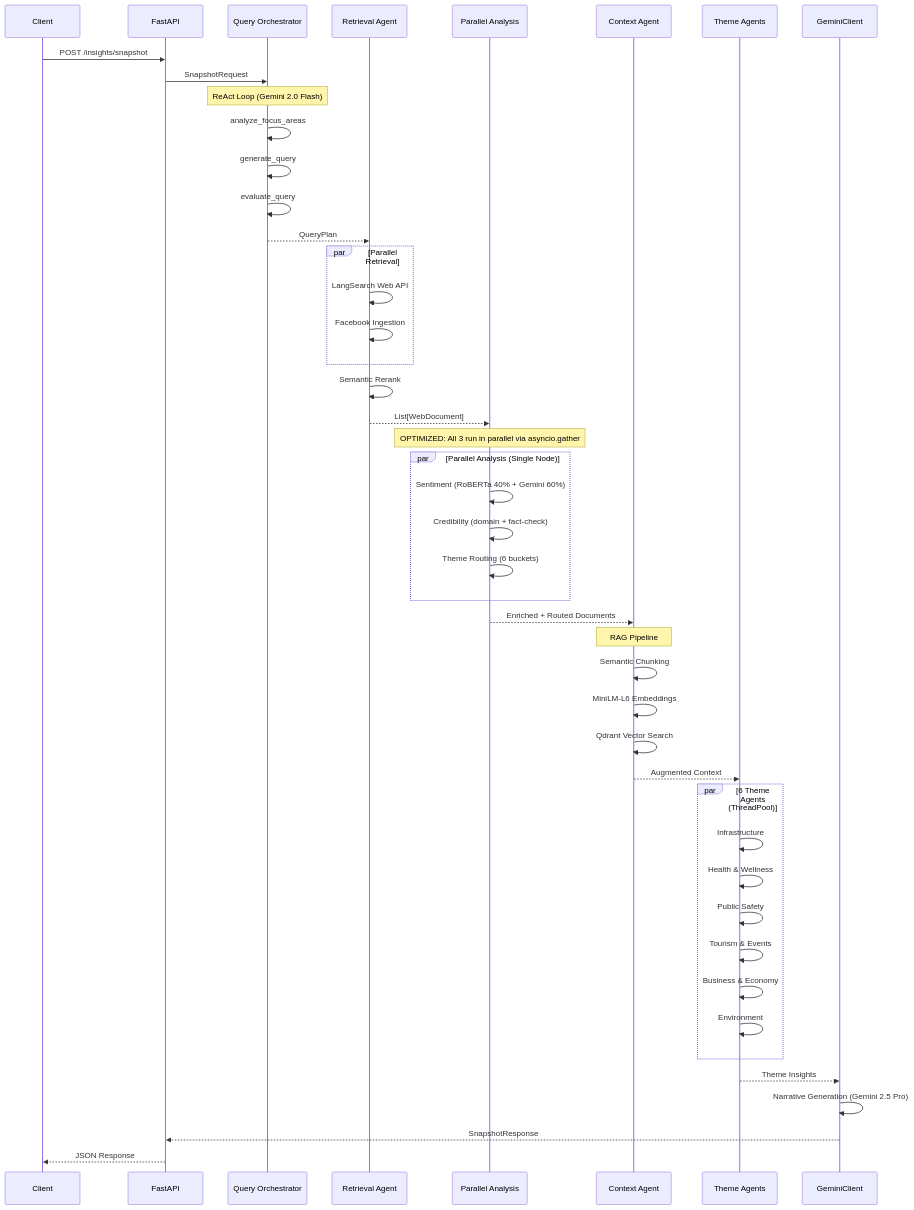
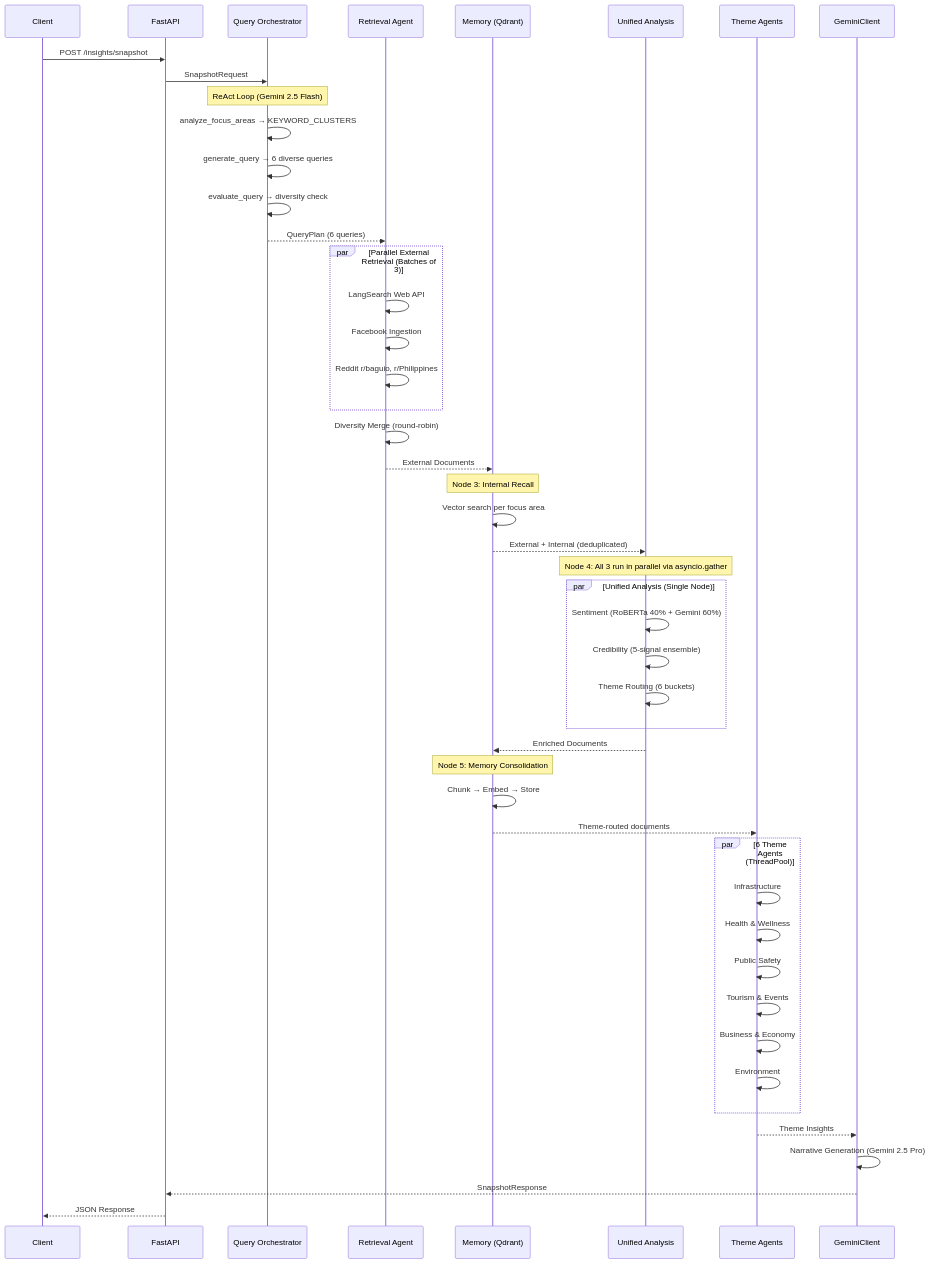
One commit to donyelqt/Hinaing changed the second of 3 diagrams in docs/ARCHITECTURE.md. Above: the diagram before and after it, drawn with Mermaid. The commit also changed other lines of this file and 6 other files, not shown here.

First line of the commit message:
docs: Update architecture documentation with 7-node self-learning pipeline and LLM model refinements

````diff
--- a/docs/ARCHITECTURE.md
+++ b/docs/ARCHITECTURE.md
@@ -118,55 +184,58 @@
 ```mermaid
 sequenceDiagram
     participant Client
     participant API as FastAPI
     participant QO as Query Orchestrator
     participant RA as Retrieval Agent
-    participant ANALYZE as Parallel Analysis
-    participant CTX as Context Agent
+    participant MEM as Memory (Qdrant)
+    participant ANALYZE as Unified Analysis
     participant TA as Theme Agents
     participant GC as GeminiClient
 
     Client->>API: POST /insights/snapshot
     API->>QO: SnapshotRequest
     
-    Note over QO: ReAct Loop (Gemini 2.0 Flash)
-    QO->>QO: analyze_focus_areas
-    QO->>QO: generate_query
-    QO->>QO: evaluate_query
-    QO-->>RA: QueryPlan
+    Note over QO: ReAct Loop (Gemini 2.5 Flash)
+    QO->>QO: analyze_focus_areas → KEYWORD_CLUSTERS
+    QO->>QO: generate_query → 6 diverse queries
+    QO->>QO: evaluate_query → diversity check
+    QO-->>RA: QueryPlan (6 queries)
 
-    par Parallel Retrieval
+    par Parallel External Retrieval (Batches of 3)
         RA->>RA: LangSearch Web API
         RA->>RA: Facebook Ingestion
+        RA->>RA: Reddit r/baguio, r/Philippines
     end
-    RA->>RA: Semantic Rerank
-    RA-->>ANALYZE: List[WebDocument]
+    RA->>RA: Diversity Merge (round-robin)
+    RA-->>MEM: External Documents
 
-    Note over ANALYZE: OPTIMIZED: All 3 run in parallel via asyncio.gather
-    par Parallel Analysis (Single Node)
+    Note over MEM: Node 3: Internal Recall
+    MEM->>MEM: Vector search per focus area
+    MEM-->>ANALYZE: External + Internal (deduplicated)
+
+    Note over ANALYZE: Node 4: All 3 run in parallel via asyncio.gather
+    par Unified Analysis (Single Node)
         ANALYZE->>ANALYZE: Sentiment (RoBERTa 40% + Gemini 60%)
-        ANALYZE->>ANALYZE: Credibility (domain + fact-check)
+        ANALYZE->>ANALYZE: Credibility (5-signal ensemble)
         ANALYZE->>ANALYZE: Theme Routing (6 buckets)
     end
-    ANALYZE-->>CTX: Enriched + Routed Documents
+    ANALYZE-->>MEM: Enriched Documents
 
-    Note over CTX: RAG Pipeline
-    CTX->>CTX: Semantic Chunking
-    CTX->>CTX: MiniLM-L6 Embeddings
-    CTX->>CTX: Qdrant Vector Search
-    CTX-->>TA: Augmented Context
+    Note over MEM: Node 5: Memory Consolidation
+    MEM->>MEM: Chunk → Embed → Store
+    MEM-->>TA: Theme-routed documents
 
     par 6 Theme Agents (ThreadPool)
         TA->>TA: Infrastructure
         TA->>TA: Health & Wellness
         TA->>TA: Public Safety
         TA->>TA: Tourism & Events
         TA->>TA: Business & Economy
         TA->>TA: Environment
     end
     TA-->>GC: Theme Insights
 
     GC->>GC: Narrative Generation (Gemini 2.5 Pro)
     GC-->>API: SnapshotResponse
     API-->>Client: JSON Response
 ```
````
